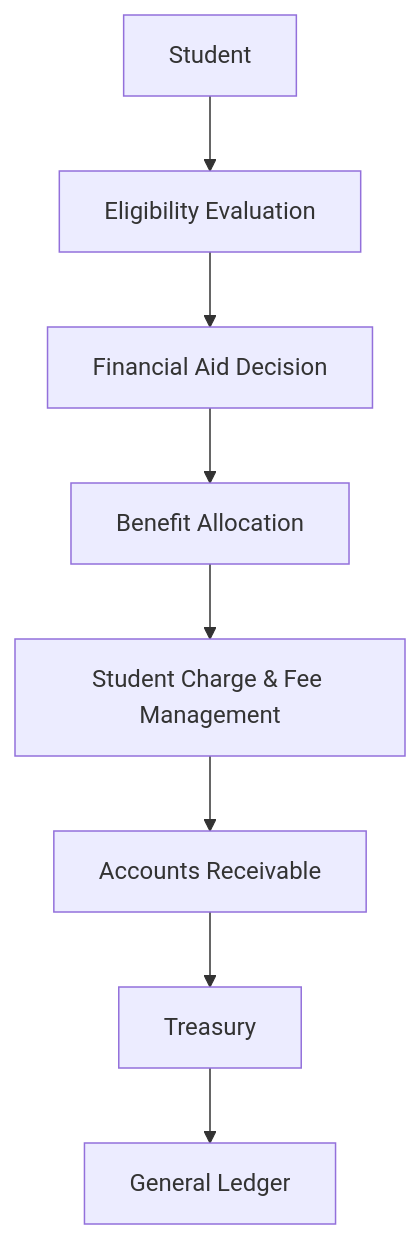
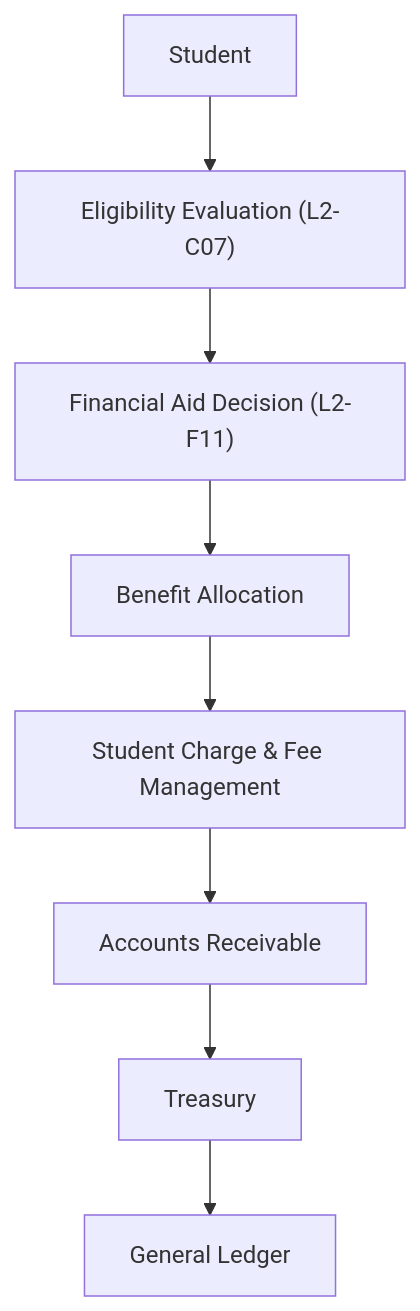
One commit to Varad1604/ERP_hark changed the first of 6 diagrams in architecture/L2_Domain_Workflow_Architecture/section-f/L2-F11_Scholarship_and_Financial_Aid.md. Above: the diagram before and after it, drawn with Mermaid. The commit also changed other lines of this file and 3 other files, not shown here.

````diff
--- a/architecture/L2_Domain_Workflow_Architecture/section-f/L2-F11_Scholarship_and_Financial_Aid.md
+++ b/architecture/L2_Domain_Workflow_Architecture/section-f/L2-F11_Scholarship_and_Financial_Aid.md
@@ -328,10 +332,10 @@
 ```mermaid
 graph TD
-    Student --> EligibilityEvaluation["Eligibility Evaluation"]
-    EligibilityEvaluation --> FinancialAidDecision["Financial Aid Decision"]
+    Student --> EligibilityEvaluation["Eligibility Evaluation (L2-C07)"]
+    EligibilityEvaluation --> FinancialAidDecision["Financial Aid Decision (L2-F11)"]
     FinancialAidDecision --> BenefitAllocation["Benefit Allocation"]
     BenefitAllocation --> SCFM["Student Charge & Fee Management"]
     SCFM --> AccountsReceivable["Accounts Receivable"]
     AccountsReceivable --> Treasury
     Treasury --> GeneralLedger["General Ledger"]
 ```
````
